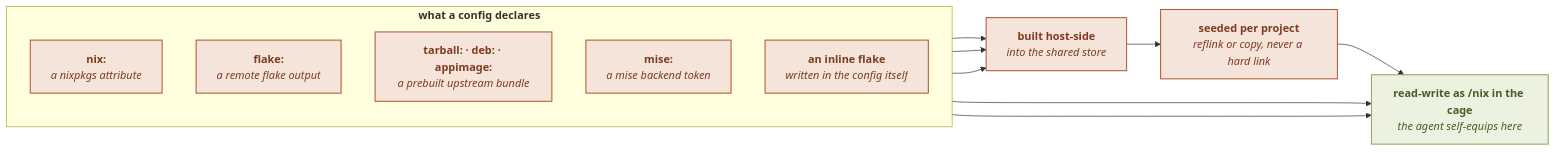
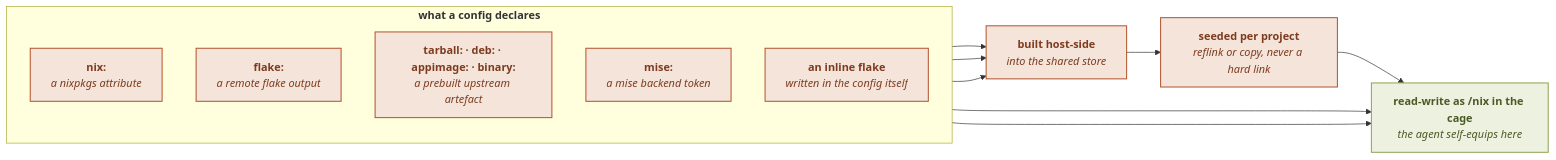
One commit to gigi206/ops-cli changed the fourth of 8 diagrams in docs-site/docs/guide/concepts/architecture.md. Above: the diagram before and after it, drawn with Mermaid. The commit also changed 2 other files, not shown here.

Commit message:
docs: send three references to the page that actually documents them
`networking/groups.md` pointed at the observability page for `sbx net groups`,
which that page never mentions; the verb's reference is `sbx net`. The
architecture diagram's prebuilt-backend node listed three of the four. And the
`SBX_UPGRADE` row I added last pass named `sbx upgrade --apps`, a flag that does
not exist: the roll is `sbx upgrade provision`, or `sbx app upgrade <name>`.

````diff
--- a/docs-site/docs/guide/concepts/architecture.md
+++ b/docs-site/docs/guide/concepts/architecture.md
@@ -180,24 +180,24 @@
 ```mermaid
 flowchart LR
     subgraph declared["<b>what a config declares</b>"]
         direction TB
         N["<b>nix:</b><br/><i>a nixpkgs attribute</i>"]
         FL["<b>flake:</b><br/><i>a remote flake output</i>"]
-        PRE["<b>tarball: · deb: · appimage:</b><br/><i>a prebuilt upstream bundle</i>"]
+        PRE["<b>tarball: · deb: · appimage: · binary:</b><br/><i>a prebuilt upstream artefact</i>"]
         M["<b>mise:</b><br/><i>a mise backend token</i>"]
         IN["<b>an inline flake</b><br/><i>written in the config itself</i>"]
     end
 
     N --> HOST["<b>built host-side</b><br/><i>into the shared store</i>"]
     FL --> HOST
     PRE --> HOST
     HOST --> SEED["<b>seeded per project</b><br/><i>reflink or copy, never a hard link</i>"]
     SEED --> CAGE["<b>read-write as /nix in the cage</b><br/><i>the agent self-equips here</i>"]
     M --> CAGE
     IN --> CAGE
 
     classDef hs fill:#F4E4DA,stroke:#B4552F,stroke-width:1.5px,color:#7E3B1F
     classDef cs fill:#EDF1E0,stroke:#8FA557,stroke-width:1.5px,color:#4A5A24
     class N,FL,PRE,M,IN,HOST,SEED hs
     class CAGE cs
 ```
````
